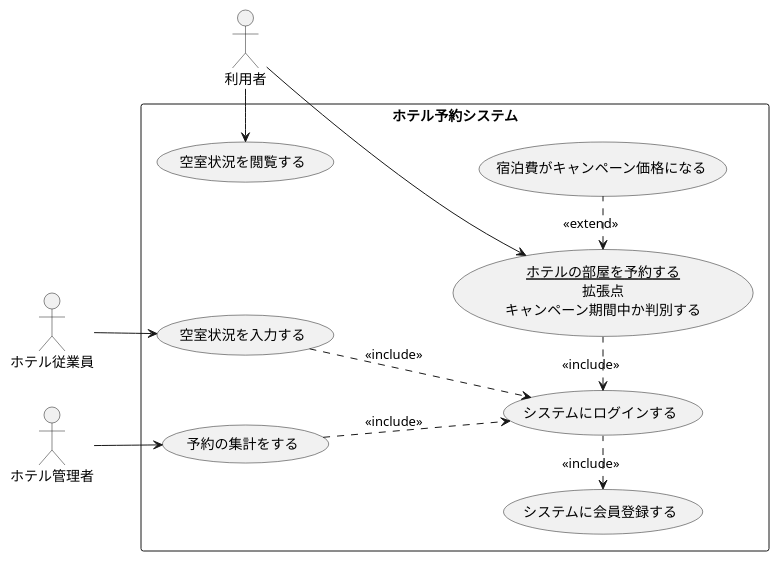
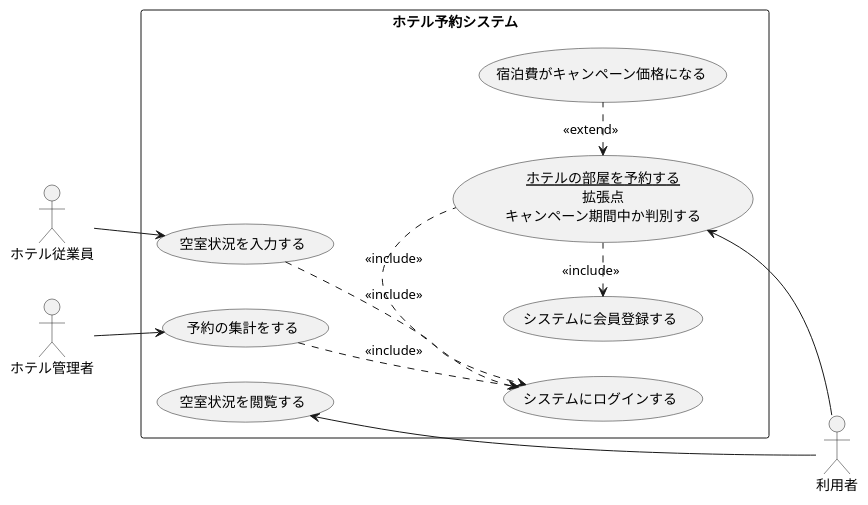
The diagram in 演習2-8_UC_ホテル予約システム.pu (moppechan/uml_introduction), drawn with PlantUML before and after one commit. The commit also changed 2 other files, not shown here.

```diff
--- a/演習2-8_UC_ホテル予約システム.pu
+++ b/演習2-8_UC_ホテル予約システム.pu
@@ -1,24 +1,24 @@
 @startuml ホテル予約システム
 left to right direction
 actor 利用者
 actor ホテル従業員
 actor ホテル管理者
 rectangle ホテル予約システム{
 usecase 空室状況を閲覧する
 usecase 空室状況を入力する
 usecase 予約の集計をする
 usecase システムにログインする
 usecase システムに会員登録する
 usecase (<u>ホテルの部屋を予約する</u>\n拡張点\nキャンペーン期間中か判別する) as input
 usecase 宿泊費がキャンペーン価格になる
 }
 利用者 -right-> 空室状況を閲覧する
 input <. 宿泊費がキャンペーン価格になる : <<extend>>
 システムにログインする <. input : << include >>
-input <- 利用者
-システムに会員登録する <. システムにログインする : <<include>>
+システムに会員登録する <. input : << include >>
+input <-- 利用者
 ホテル従業員 --> 空室状況を入力する
 ホテル管理者 --> 予約の集計をする
 空室状況を入力する ..> システムにログインする : <<include>>
 予約の集計をする ..> システムにログインする : <<include>>
 @enduml
```
